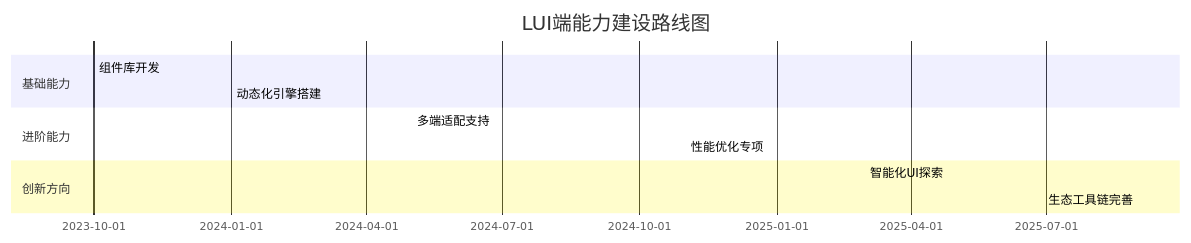
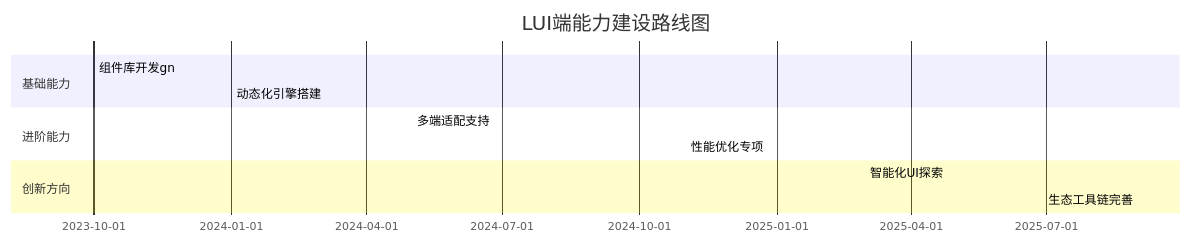
One commit to githubjiao/iodraw-files changed the diagram in all/未命名-3.md. Above: the diagram before and after it, drawn with Mermaid.

Commit message:
2025-03-04 14:10:20 update

````diff
--- a/all/未命名-3.md
+++ b/all/未命名-3.md
@@ -1,14 +1,14 @@
 ```mermaid
 gantt
     title LUI端能力建设路线图
     dateFormat  YYYY-MM
     section 基础能力
-    组件库开发       :2023-10, 3m
+    组件库开发gn       :2023-10, 3m
     动态化引擎搭建   :2024-01, 4m
     section 进阶能力
     多端适配支持     :2024-05, 6m
     性能优化专项     :2024-11, 4m
     section 创新方向
     智能化UI探索     :2025-03, 6m
     生态工具链完善   :2025-09, 6m
 ```
````
